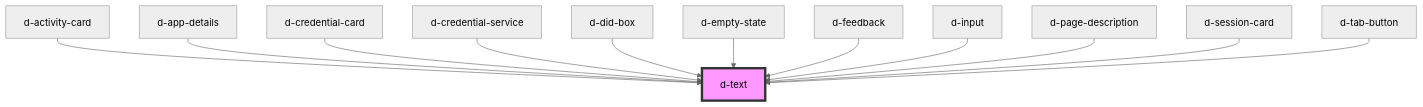
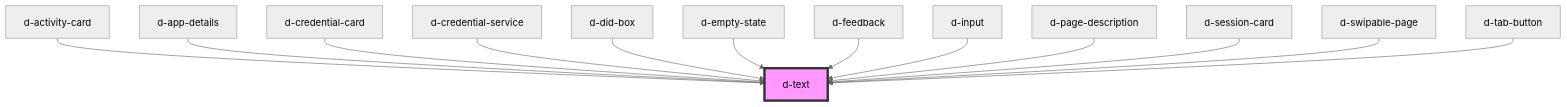
Before and after one commit to ForkbombEu/didroom-components: the diagram in src/components/text/readme.md, drawn with Mermaid (neutral theme). The commit also changed other lines of this file and 8 other files, not shown here.

Commit message:
feat: swipable-page

````diff
--- a/src/components/text/readme.md
+++ b/src/components/text/readme.md
@@ -33,15 +34,16 @@
 ```mermaid
 graph TD;
   d-activity-card --> d-text
   d-app-details --> d-text
   d-credential-card --> d-text
   d-credential-service --> d-text
   d-did-box --> d-text
   d-empty-state --> d-text
   d-feedback --> d-text
   d-input --> d-text
   d-page-description --> d-text
   d-session-card --> d-text
+  d-swipable-page --> d-text
   d-tab-button --> d-text
   style d-text fill:#f9f,stroke:#333,stroke-width:4px
 ```
````
